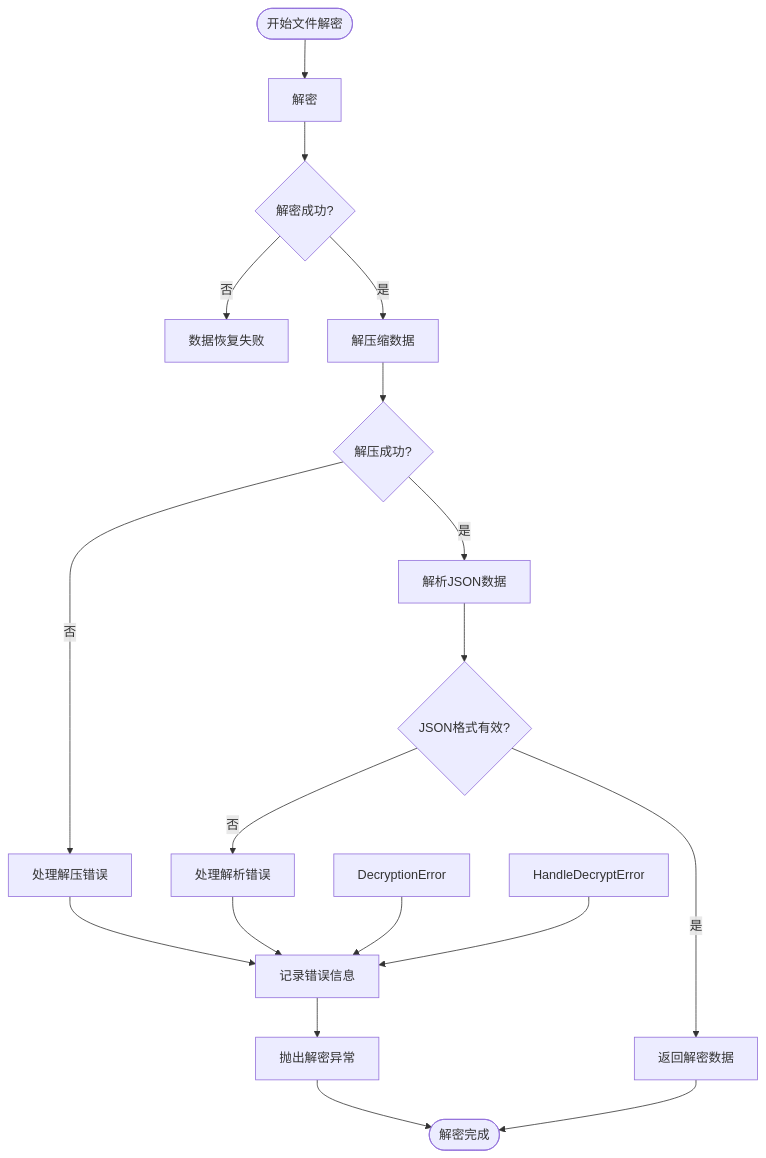
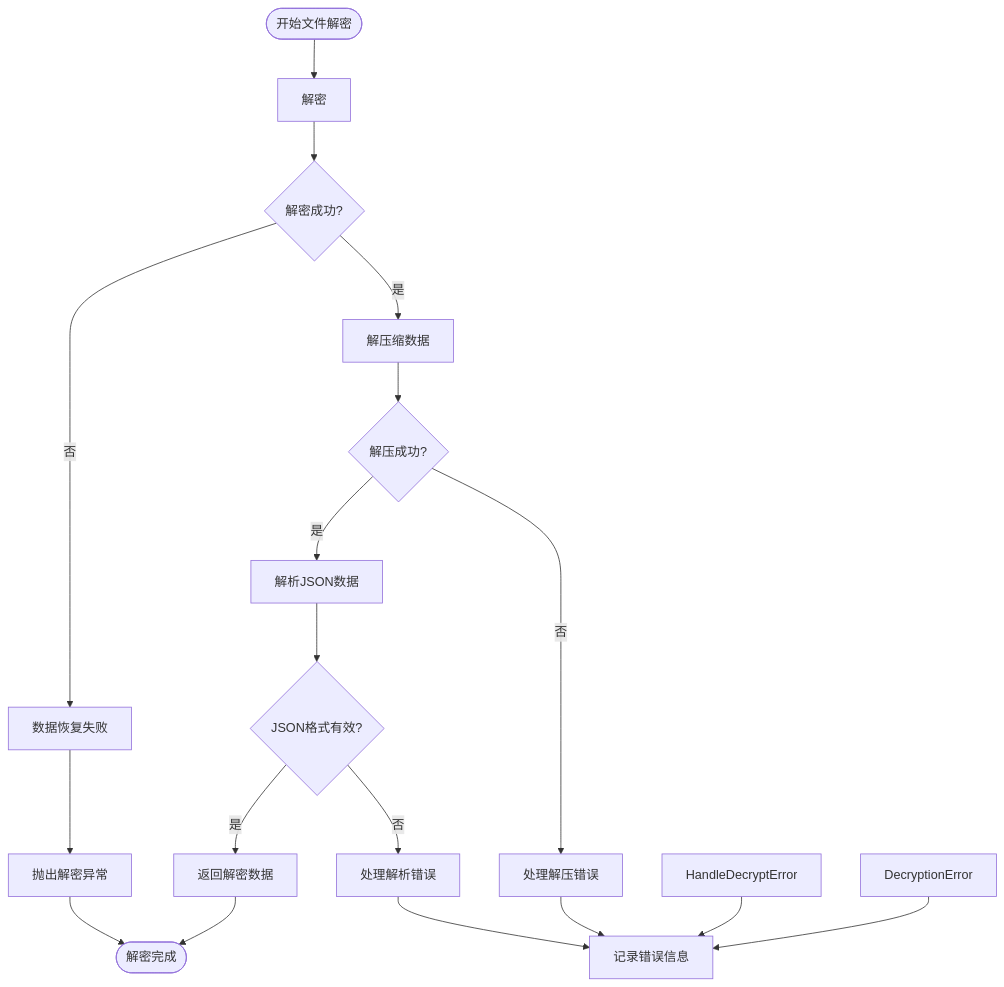
One commit to yingjianzh/iodraw-files changed the diagram in all/未命名-53.md. Above: the diagram before and after it, drawn with Mermaid.

Commit message:
2025-05-09 18:10:01 update

````diff
--- a/all/未命名-53.md
+++ b/all/未命名-53.md
@@ -1,26 +1,26 @@
 ```mermaid
 flowchart TD
     Start([开始文件解密]) --> ReadFile[解密]
     ReadFile --> DecryptionSuccess{解密成功?}
     
     DecryptionSuccess -->|否| A[数据恢复失败]
     DecryptionSuccess -->|是| DecompressData[解压缩数据]
     
     DecompressData --> DecompressionSuccess{解压成功?}
     DecompressionSuccess -->|否| HandleDecompressError[处理解压错误]
     DecompressionSuccess -->|是| ParseJSON[解析JSON数据]
     
     ParseJSON --> JSONValid{JSON格式有效?}
     JSONValid -->|否| HandleParseError[处理解析错误]
     JSONValid -->|是| ReturnDecryptedData[返回解密数据]
     
     ReturnDecryptedData --> End([解密完成])
     
     DecryptionError --> LogError[记录错误信息]
     HandleDecryptError --> LogError
     HandleDecompressError --> LogError
     HandleParseError --> LogError
     
-    LogError --> ThrowException[抛出解密异常]
+    A --> ThrowException[抛出解密异常]
     ThrowException --> End
 ```
````
